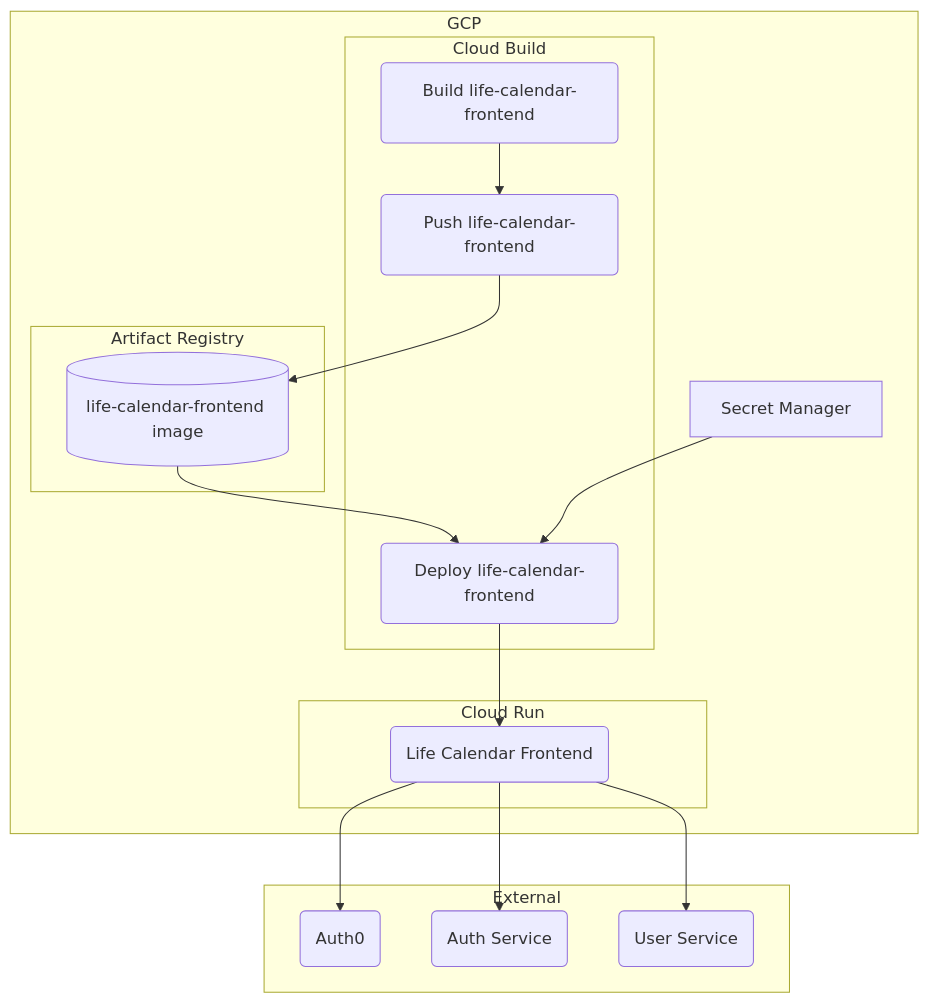
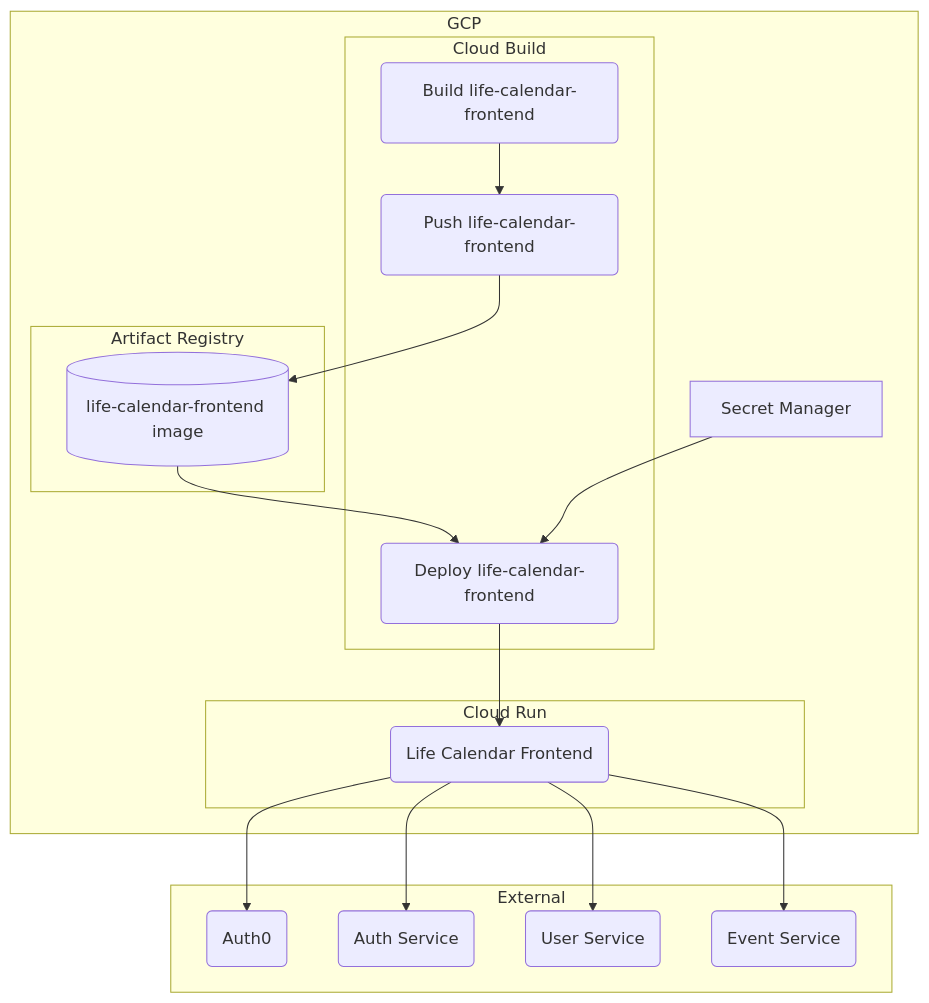
One commit to qkitzero/life-calendar-frontend changed the diagram in README.md. Above: the diagram before and after it, drawn with Mermaid. The commit also changed other lines of this file, not shown here.

Commit message:
update: readme

````diff
--- a/README.md
+++ b/README.md
@@ -5,36 +7,38 @@
 ```mermaid
 flowchart TD
     subgraph gcp[GCP]
         secret_manager[Secret Manager]
 
         subgraph cloud_build[Cloud Build]
             build_life_calendar_frontend(Build life-calendar-frontend)
             push_life_calendar_frontend(Push life-calendar-frontend)
             deploy_life_calendar_frontend(Deploy life-calendar-frontend)
         end
 
         subgraph artifact_registry[Artifact Registry]
             life_calendar_frontend_image[(life-calendar-frontend image)]
         end
 
         subgraph cloud_run[Cloud Run]
             life_calendar_frontend(Life Calendar Frontend)
         end
     end
 
     subgraph external[External]
         auth0(Auth0)
         auth_service(Auth Service)
         user_service(User Service)
+        event_service(Event Service)
     end
 
     build_life_calendar_frontend --> push_life_calendar_frontend --> life_calendar_frontend_image
 
     life_calendar_frontend_image --> deploy_life_calendar_frontend --> life_calendar_frontend
 
     secret_manager --> deploy_life_calendar_frontend
 
     life_calendar_frontend --> auth0
     life_calendar_frontend --> auth_service
     life_calendar_frontend --> user_service
+    life_calendar_frontend --> event_service
 ```
````
